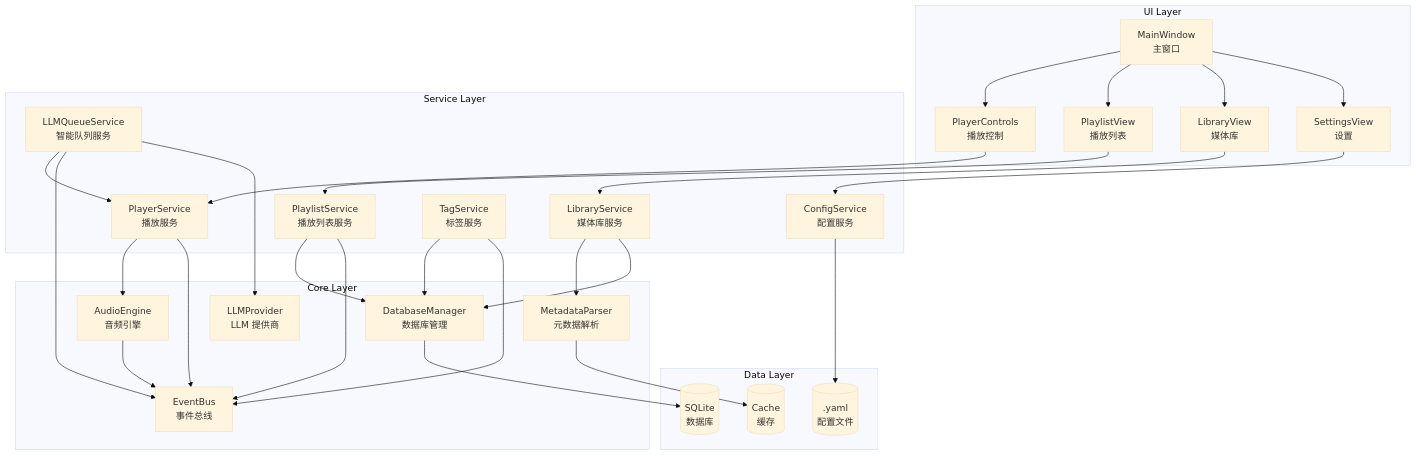
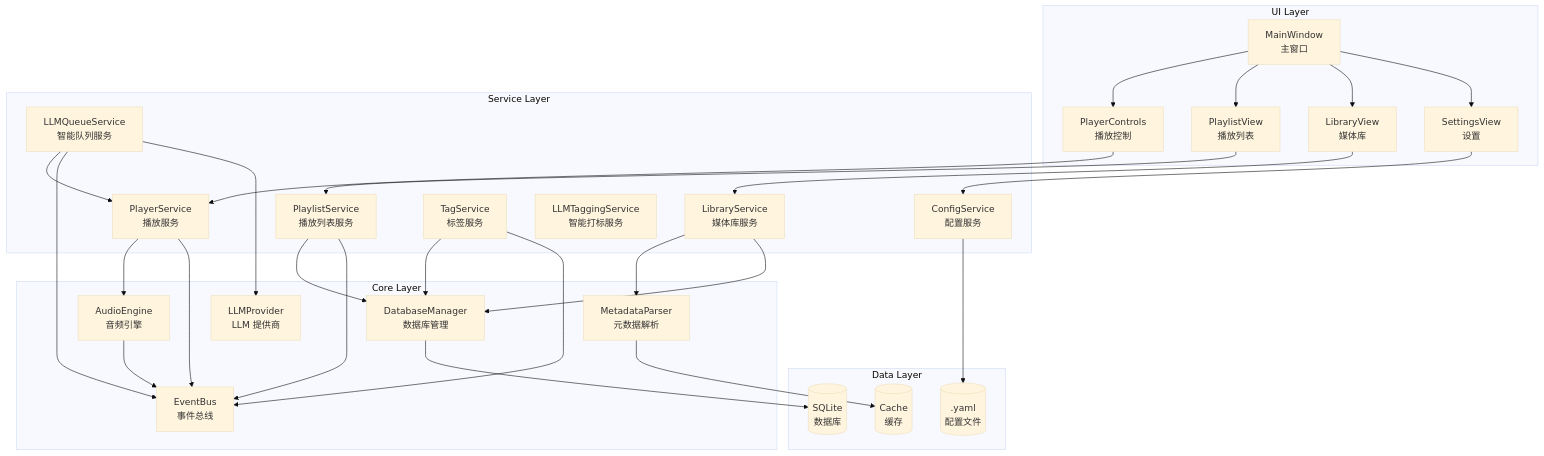
The first of 5 diagrams in docs/architecture.md (hangnum/music), drawn with Mermaid (base theme) before and after one commit. The commit also changed other lines of this file and 6 other files, not shown here.

````diff
--- a/docs/architecture.md
+++ b/docs/architecture.md
@@ -33,50 +33,51 @@
 ```mermaid
 graph TB
     subgraph UI Layer
         MW[MainWindow<br/>主窗口]
         PC[PlayerControls<br/>播放控制]
         PL[PlaylistView<br/>播放列表]
         LB[LibraryView<br/>媒体库]
         ST[SettingsView<br/>设置]
     end
     
     subgraph Service Layer
         PS[PlayerService<br/>播放服务]
         PLS[PlaylistService<br/>播放列表服务]
         LBS[LibraryService<br/>媒体库服务]
         CS[ConfigService<br/>配置服务]
         TS[TagService<br/>标签服务]
         LLM[LLMQueueService<br/>智能队列服务]
+        LTS[LLMTaggingService<br/>智能打标服务]
     end
     
     subgraph Core Layer
         AE[AudioEngine<br/>音频引擎]
         MD[MetadataParser<br/>元数据解析]
         DB[DatabaseManager<br/>数据库管理]
         EM[EventBus<br/>事件总线]
         LP[LLMProvider<br/>LLM 提供商]
     end
     
     subgraph Data Layer
         SQL[(SQLite<br/>数据库)]
         CFG[(.yaml<br/>配置文件)]
         CACHE[(Cache<br/>缓存)]
     end
     
     MW --> PC & PL & LB & ST
     PC --> PS
     PL --> PLS
     LB --> LBS
     ST --> CS
     
     PS --> AE & EM
     PLS --> DB & EM
     LBS --> MD & DB
     TS --> DB & EM
     LLM --> PS & EM & LP
     CS --> CFG
     
     AE --> EM
     MD --> CACHE
     DB --> SQL
 ```
````
